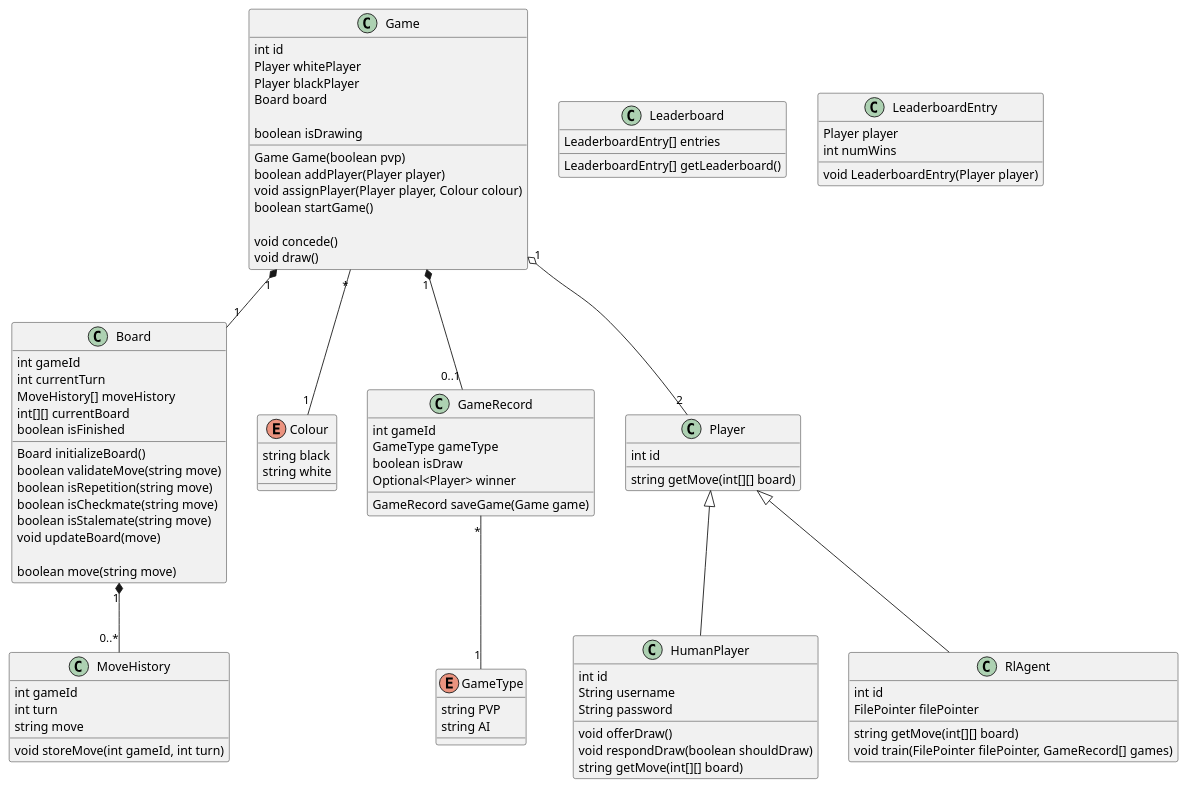
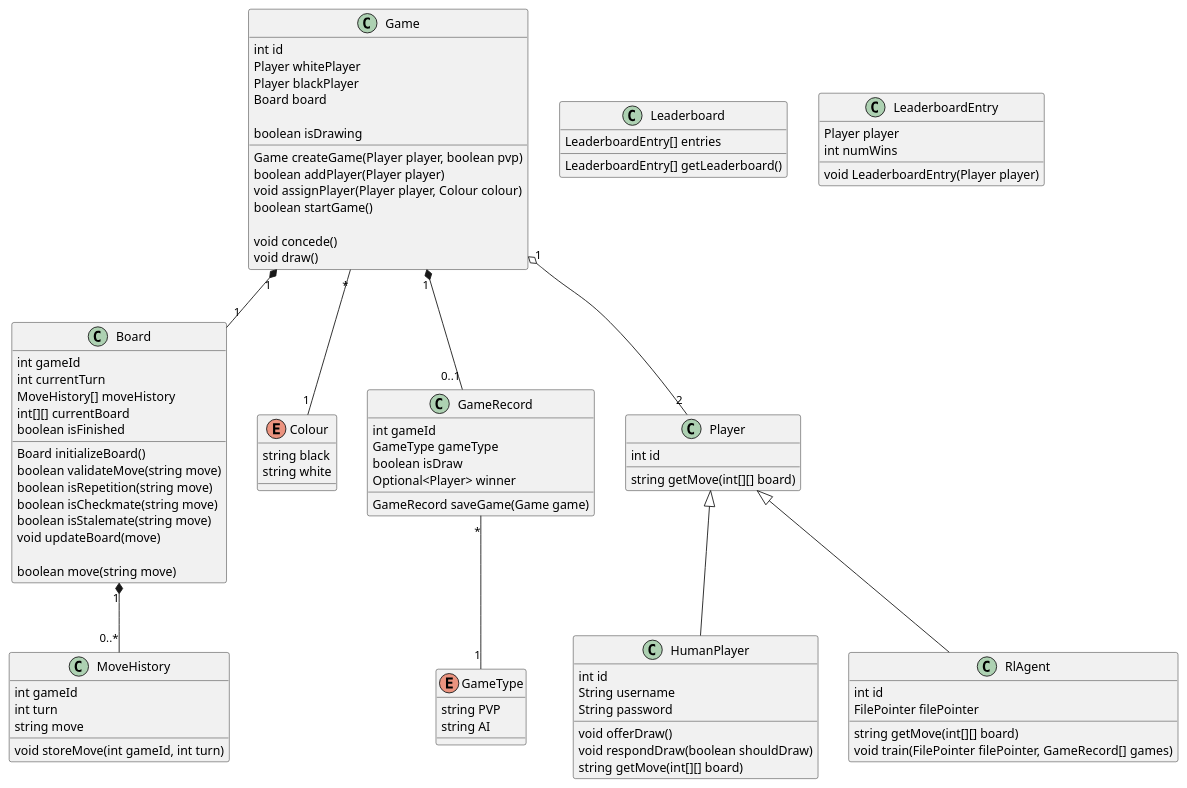
Before and after one commit to ECE493-W22-G04/rl-chess: the diagram in docs/preliminary_design_diagrams/classdiagram.puml, drawn with PlantUML. The commit also changed 1 other file, not shown here.

Commit message:
rename createGame

```diff
--- a/docs/preliminary_design_diagrams/classdiagram.puml
+++ b/docs/preliminary_design_diagrams/classdiagram.puml
@@ -1,116 +1,116 @@
 @startuml Class Diagram
 
 class Board {
   int gameId
   int currentTurn
   MoveHistory[] moveHistory
   int[][] currentBoard
   boolean isFinished
 
   Board initializeBoard()
   boolean validateMove(string move)
   boolean isRepetition(string move)
   boolean isCheckmate(string move)
   boolean isStalemate(string move)
   void updateBoard(move)
 
   boolean move(string move)
 }
 
 class MoveHistory {
   int gameId
   int turn
   string move
 
   void storeMove(int gameId, int turn)
 }
 
 Board "1" *-- "0..*" MoveHistory
 
 class Game {
   int id
   Player whitePlayer
   Player blackPlayer
   Board board
   
   boolean isDrawing
 
-  Game Game(boolean pvp)
+  Game createGame(Player player, boolean pvp)
   boolean addPlayer(Player player)
   void assignPlayer(Player player, Colour colour)
   boolean startGame()
 
   void concede()
   void draw()
 }
 
 enum Colour {
     string black
     string white
 }
 
 Game "*" -- "1" Colour
 
 Game "1" *-- "1" Board
 
 class GameRecord {
   int gameId
   GameType gameType
   boolean isDraw
   Optional<Player> winner
   
   GameRecord saveGame(Game game)
 }
 
 enum GameType {
   string PVP
   string AI
 }
 
 GameRecord "*" -- "1" GameType
 
 class Player {
   int id
 
   string getMove(int[][] board)
 }
 
 class HumanPlayer {
   int id
   String username
   String password
 
   void offerDraw()
   void respondDraw(boolean shouldDraw)
   string getMove(int[][] board)
 }
 
 class RlAgent {
   int id
   FilePointer filePointer
 
   string getMove(int[][] board)
   void train(FilePointer filePointer, GameRecord[] games)
 }
 
 Game "1" o-- "2" Player
 
 Player <|-- RlAgent
 Player <|-- HumanPlayer
 
 Game "1" *-- "0..1" GameRecord
 
 class Leaderboard {
   LeaderboardEntry[] entries
 
   LeaderboardEntry[] getLeaderboard()
 }
 
 class LeaderboardEntry {
   Player player
   int numWins
 
   void LeaderboardEntry(Player player)
 }
 
 @enduml
```
